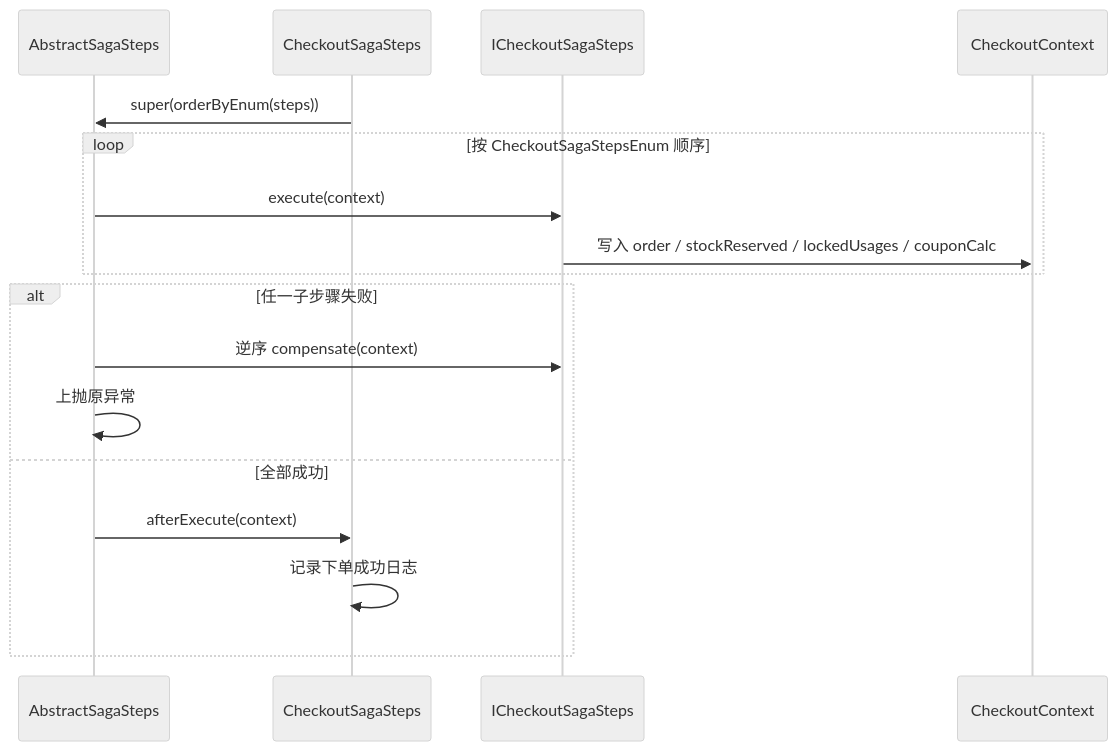
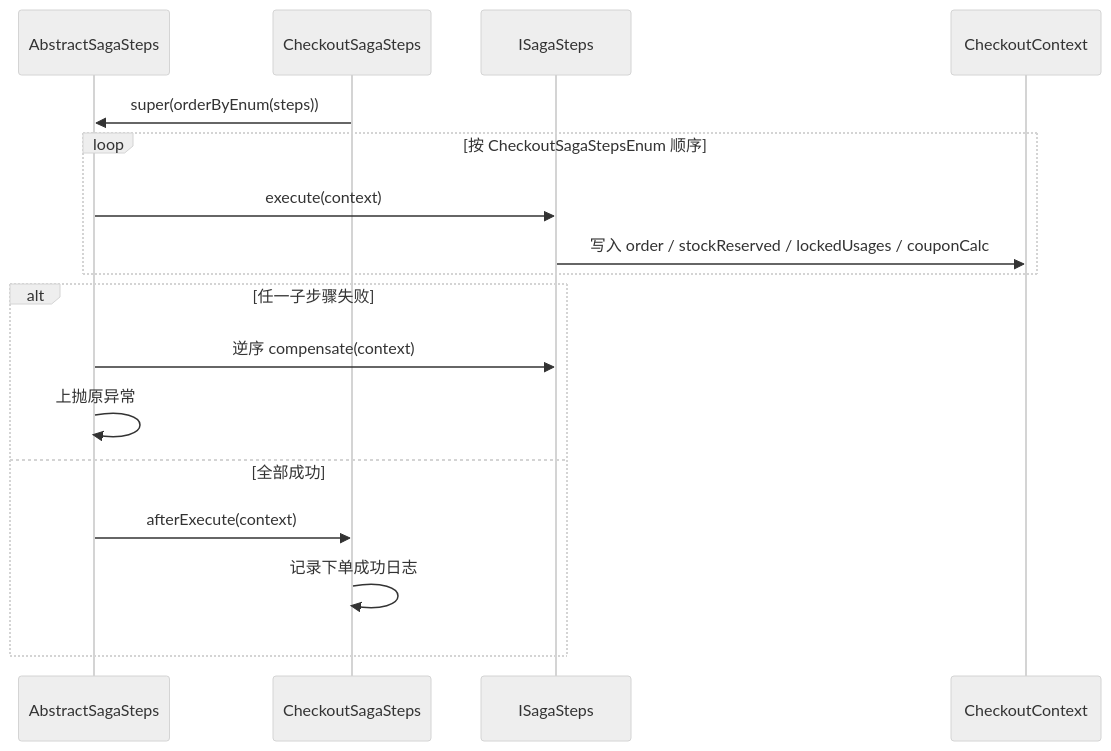
Before and after one commit to Tomatos03/cloud-mall-cloud: the third of 3 diagrams in services/order-service/docs/order/02-component-design.md, drawn with Mermaid (neutral theme). The commit also changed other lines of this file and 65 other files, not shown here.

````diff
--- a/services/order-service/docs/order/02-component-design.md
+++ b/services/order-service/docs/order/02-component-design.md
@@ -109,20 +110,20 @@
 ```mermaid
 sequenceDiagram
     participant A as AbstractSagaSteps
     participant P as CheckoutSagaSteps
-    participant S as ICheckoutSagaSteps
+    participant S as ISagaSteps
     participant CTX as CheckoutContext
 
     P->>A: super(orderByEnum(steps))
     loop 按 CheckoutSagaStepsEnum 顺序
         A->>S: execute(context)
         S->>CTX: 写入 order / stockReserved / lockedUsages / couponCalc
     end
     alt 任一子步骤失败
         A->>S: 逆序 compensate(context)
         A->>A: 上抛原异常
     else 全部成功
         A->>P: afterExecute(context)
         P->>P: 记录下单成功日志
     end
 ```
````
